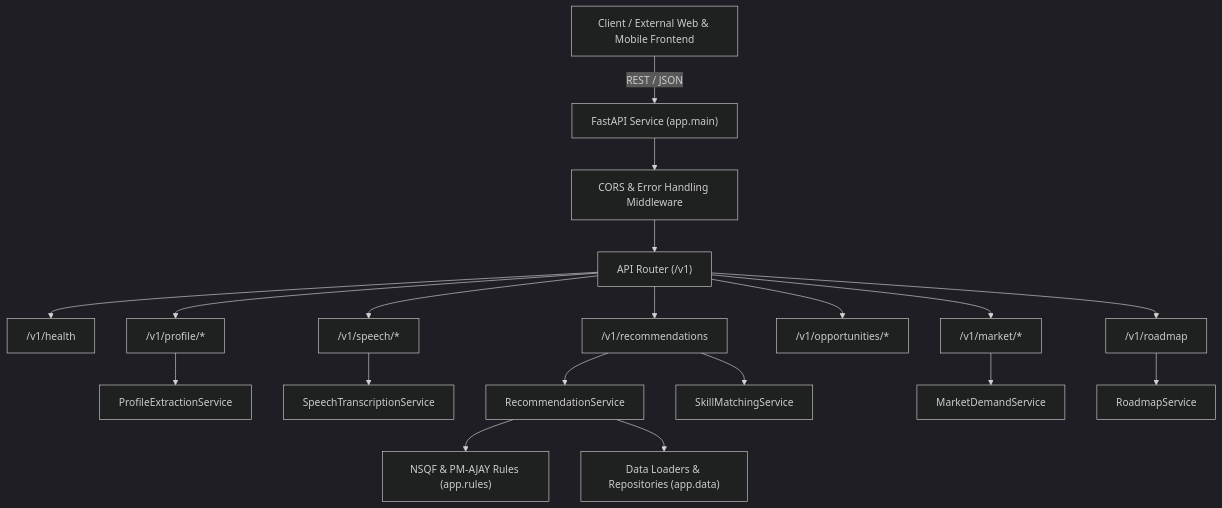
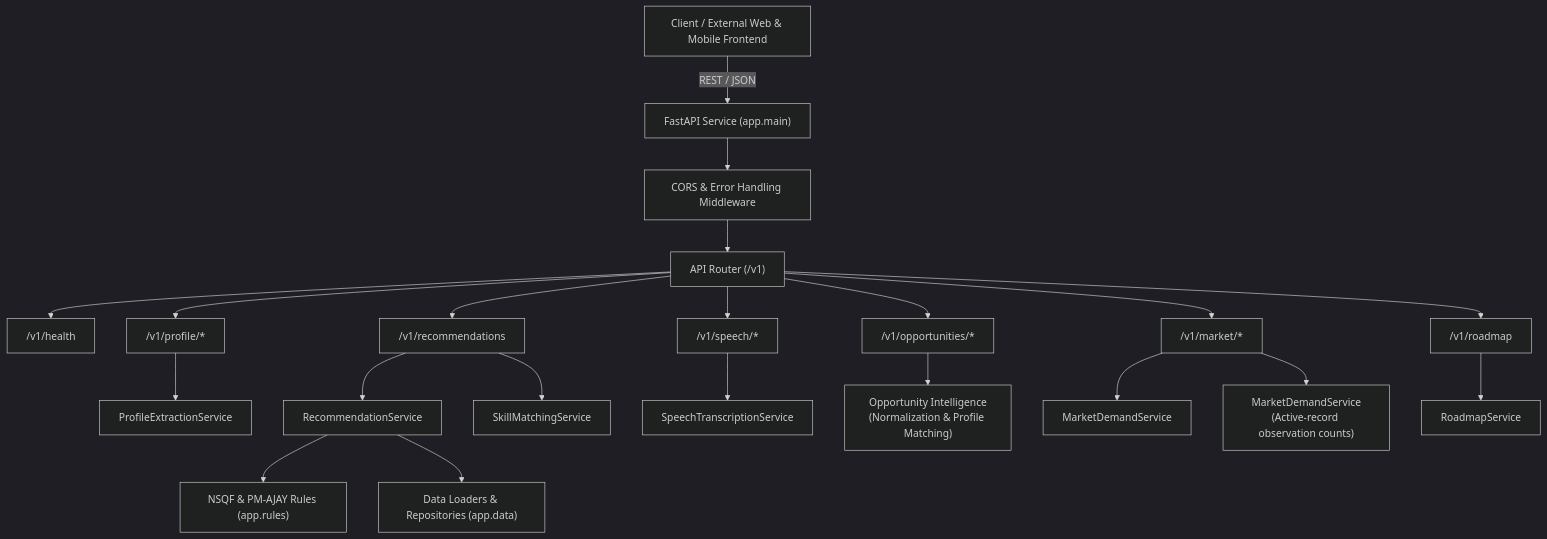
One commit to Akshat0029/Livelihood-Assistant changed the second of 2 diagrams in docs/architecture.md. Above: the diagram before and after it, drawn with Mermaid (dark theme). The commit also changed other lines of this file and 13 other files, not shown here.

Commit message:
feat: add opportunity intelligence and market demand

````diff
--- a/docs/architecture.md
+++ b/docs/architecture.md
@@ -45,24 +46,26 @@
 ```mermaid
 graph TD
     Client["Client / External Web & Mobile Frontend"] -->|REST / JSON| Gateway["FastAPI Service (app.main)"]
     Gateway --> Middleware["CORS & Error Handling Middleware"]
     Middleware --> APIRouter["API Router (/v1)"]
     
     APIRouter --> HealthRoute["/v1/health"]
     APIRouter --> ProfileRoute["/v1/profile/*"]
     APIRouter --> RecRoute["/v1/recommendations"]
     APIRouter --> SpeechRoute["/v1/speech/*"]
     APIRouter --> OppRoute["/v1/opportunities/*"]
     APIRouter --> MarketRoute["/v1/market/*"]
     APIRouter --> RoadmapRoute["/v1/roadmap"]
 
     ProfileRoute --> ProfileService["ProfileExtractionService"]
     SpeechRoute --> SpeechService["SpeechTranscriptionService"]
     RecRoute --> RecService["RecommendationService"]
     RecRoute --> MatchService["SkillMatchingService"]
     MarketRoute --> MarketService["MarketDemandService"]
     RoadmapRoute --> RoadmapService["RoadmapService"]
+    OppRoute --> OppIntelligence["Opportunity Intelligence<br/>(Normalization & Profile Matching)"]
+    MarketRoute --> MarketEvidenceService["MarketDemandService<br/>(Active-record observation counts)"]
 
     RecService --> Rules["NSQF & PM-AJAY Rules (app.rules)"]
     RecService --> DataLoaders["Data Loaders & Repositories (app.data)"]
 ```
````
